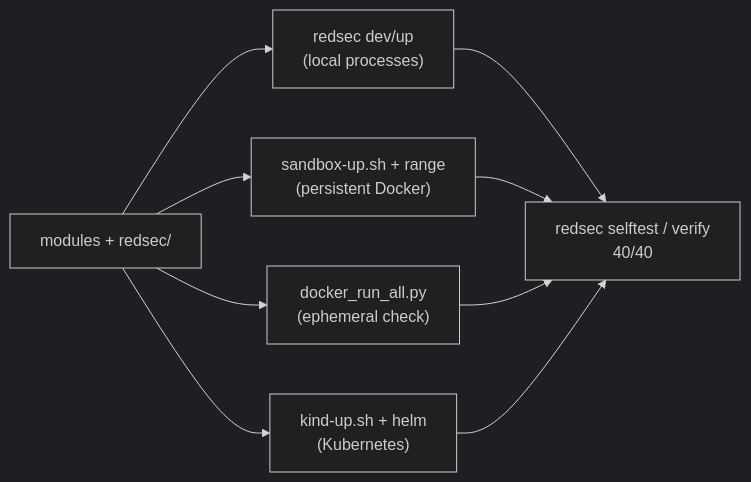
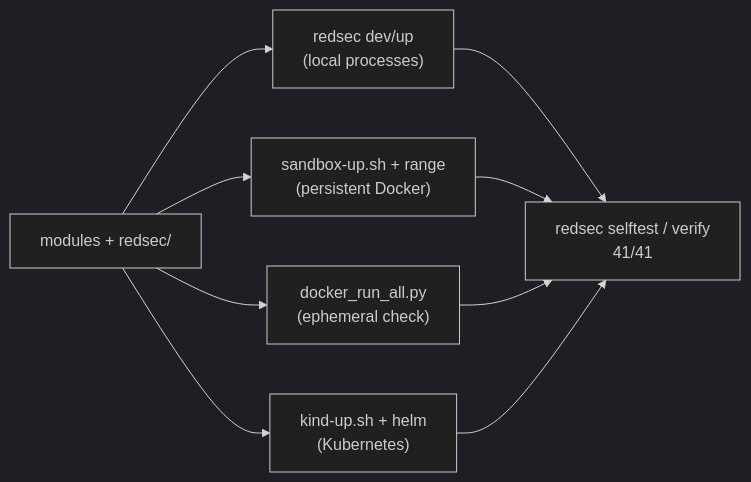
The sixth of 6 diagrams in docs/OVERVIEW.md (tq05/RedSec-range), drawn with Mermaid (dark theme) before and after one commit. The commit also changed 18 other files, not shown here.

````diff
--- a/docs/OVERVIEW.md
+++ b/docs/OVERVIEW.md
@@ -160,12 +160,12 @@
 ```mermaid
 flowchart LR
   repo["modules + redsec/"]
   repo --> local["redsec dev/up<br/>(local processes)"]
   repo --> docker["sandbox-up.sh + range<br/>(persistent Docker)"]
   repo --> check["docker_run_all.py<br/>(ephemeral check)"]
   repo --> k8s["kind-up.sh + helm<br/>(Kubernetes)"]
-  local --> verify["redsec selftest / verify<br/>40/40"]
+  local --> verify["redsec selftest / verify<br/>41/41"]
   docker --> verify
   check --> verify
   k8s --> verify
 ```
````
